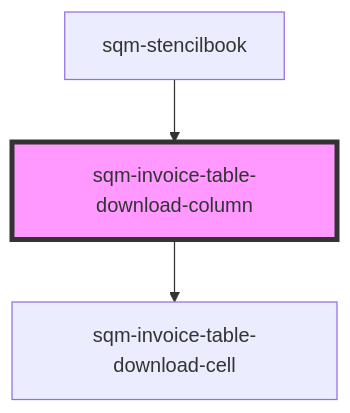
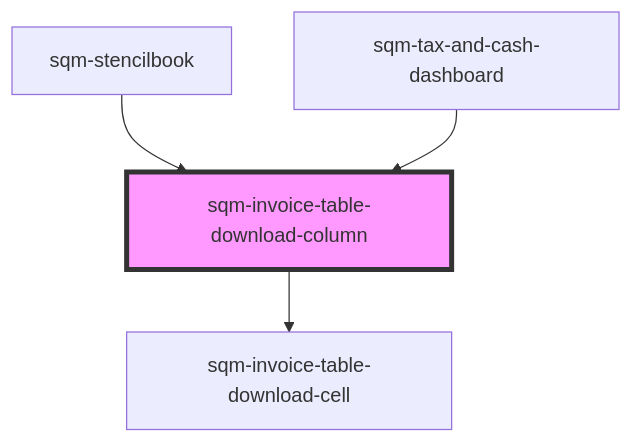
One commit to saasquatch/program-tools changed the diagram in packages/mint-components/src/components/sqm-invoice-table/columns/readme.md. Above: the diagram before and after it, drawn with Mermaid. The commit also changed other lines of this file and 13 other files, not shown here.

````diff
--- a/packages/mint-components/src/components/sqm-invoice-table/columns/readme.md
+++ b/packages/mint-components/src/components/sqm-invoice-table/columns/readme.md
@@ -42,6 +43,7 @@
 ```mermaid
 graph TD;
   sqm-invoice-table-download-column --> sqm-invoice-table-download-cell
   sqm-stencilbook --> sqm-invoice-table-download-column
+  sqm-tax-and-cash-dashboard --> sqm-invoice-table-download-column
   style sqm-invoice-table-download-column fill:#f9f,stroke:#333,stroke-width:4px
 ```
````
